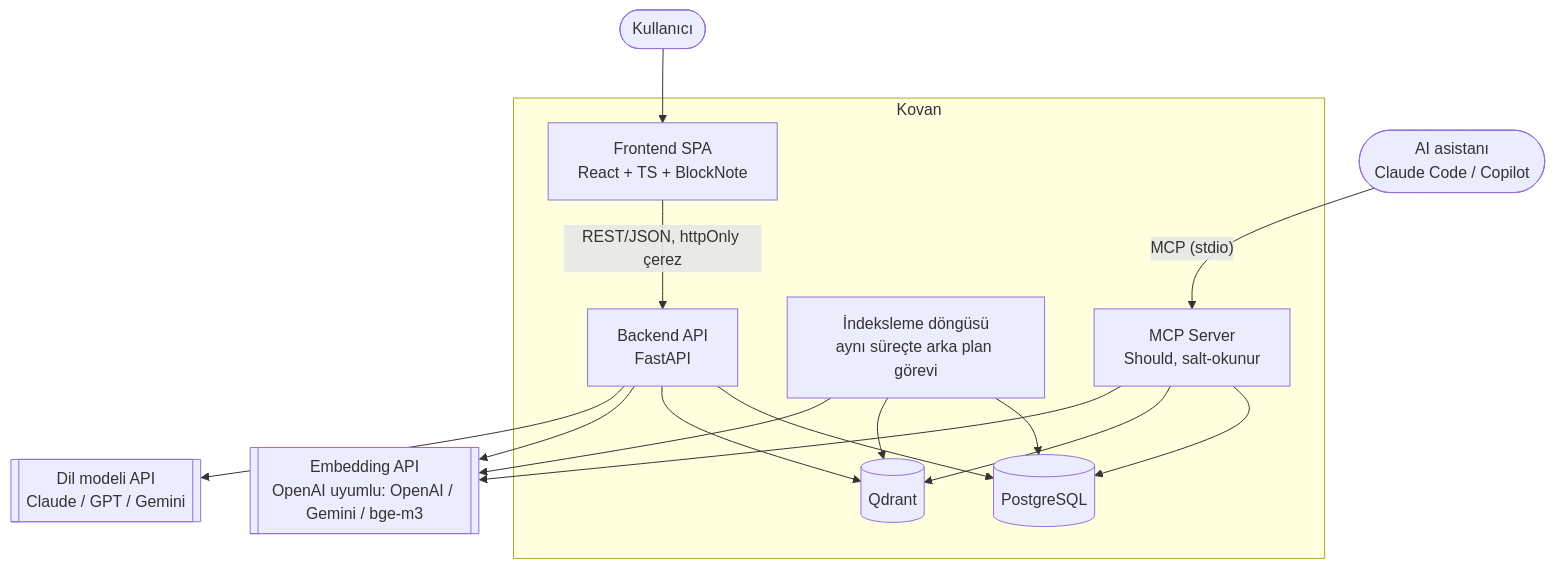
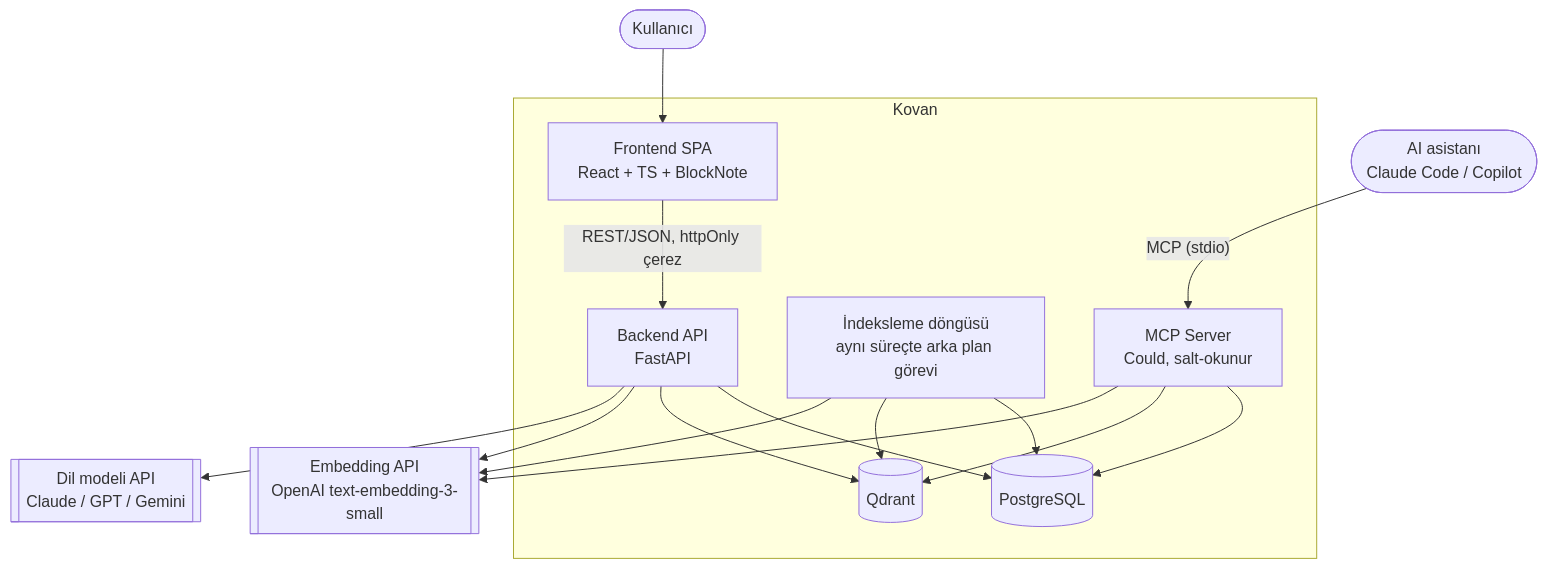
Before and after one commit to semihbekdas/sari-takim-kovan: the first of 4 diagrams in docs/architecture.md, drawn with Mermaid. The commit also changed other lines of this file and 17 other files, not shown here.

````diff
--- a/docs/architecture.md
+++ b/docs/architecture.md
@@ -27,31 +27,31 @@
 ```mermaid
 flowchart TB
     user([Kullanıcı])
     agent([AI asistanı<br/>Claude Code / Copilot])
 
     subgraph kovan[Kovan]
         fe[Frontend SPA<br/>React + TS + BlockNote]
         api[Backend API<br/>FastAPI]
         worker[İndeksleme döngüsü<br/>aynı süreçte arka plan görevi]
-        mcp[MCP Server<br/>Should, salt-okunur]
+        mcp[MCP Server<br/>Could, salt-okunur]
         pg[(PostgreSQL)]
         qd[(Qdrant)]
     end
 
     chat[[Dil modeli API<br/>Claude / GPT / Gemini]]
-    emb[[Embedding API<br/>OpenAI uyumlu: OpenAI / Gemini / bge-m3]]
+    emb[[Embedding API<br/>OpenAI text-embedding-3-small]]
 
     user --> fe
     fe -- "REST/JSON, httpOnly çerez" --> api
     api --> pg
     api --> qd
     api --> emb
     api --> chat
     worker --> pg
     worker --> qd
     worker --> emb
     agent -- "MCP (stdio)" --> mcp
     mcp --> pg
     mcp --> qd
     mcp --> emb
 ```
````
